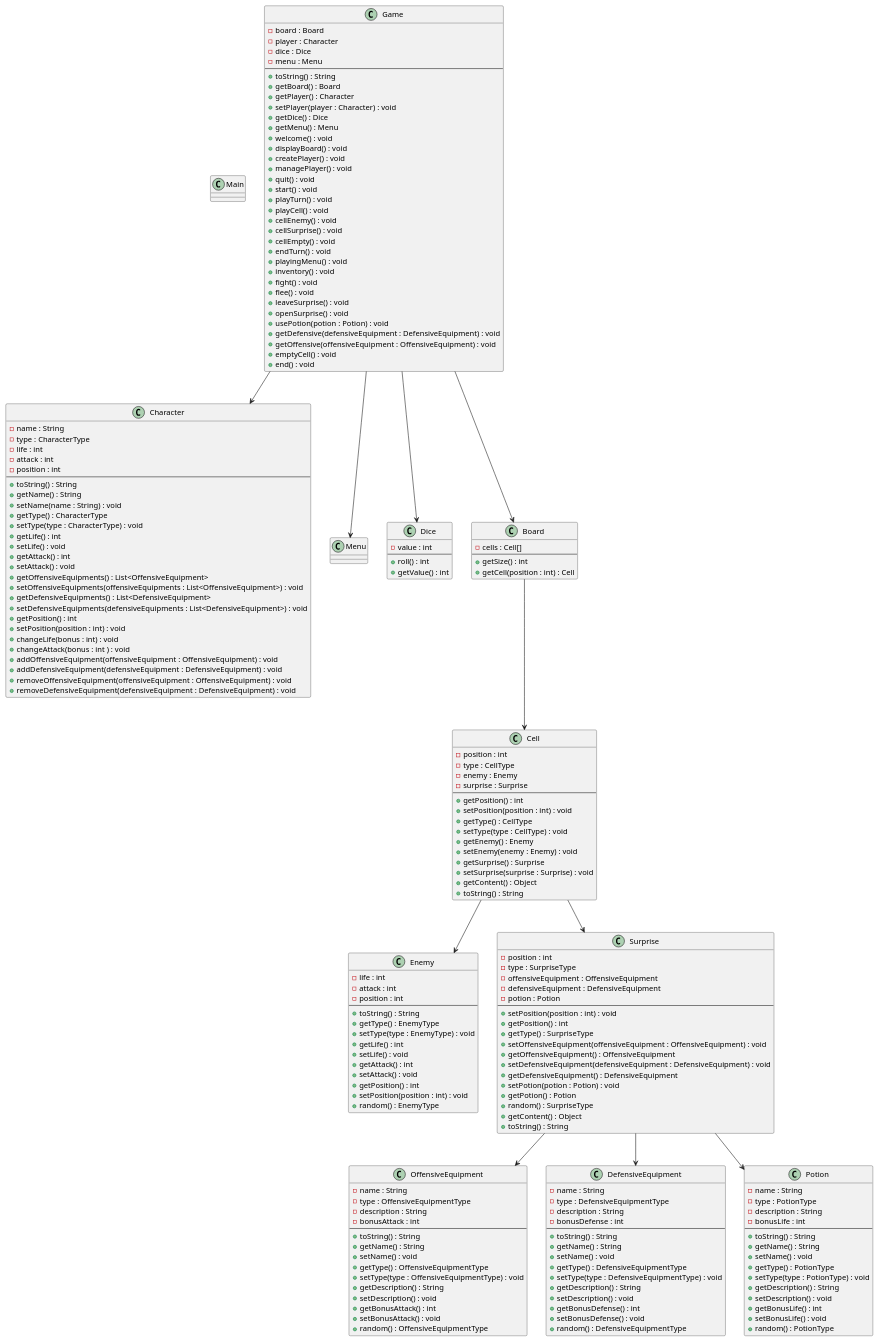
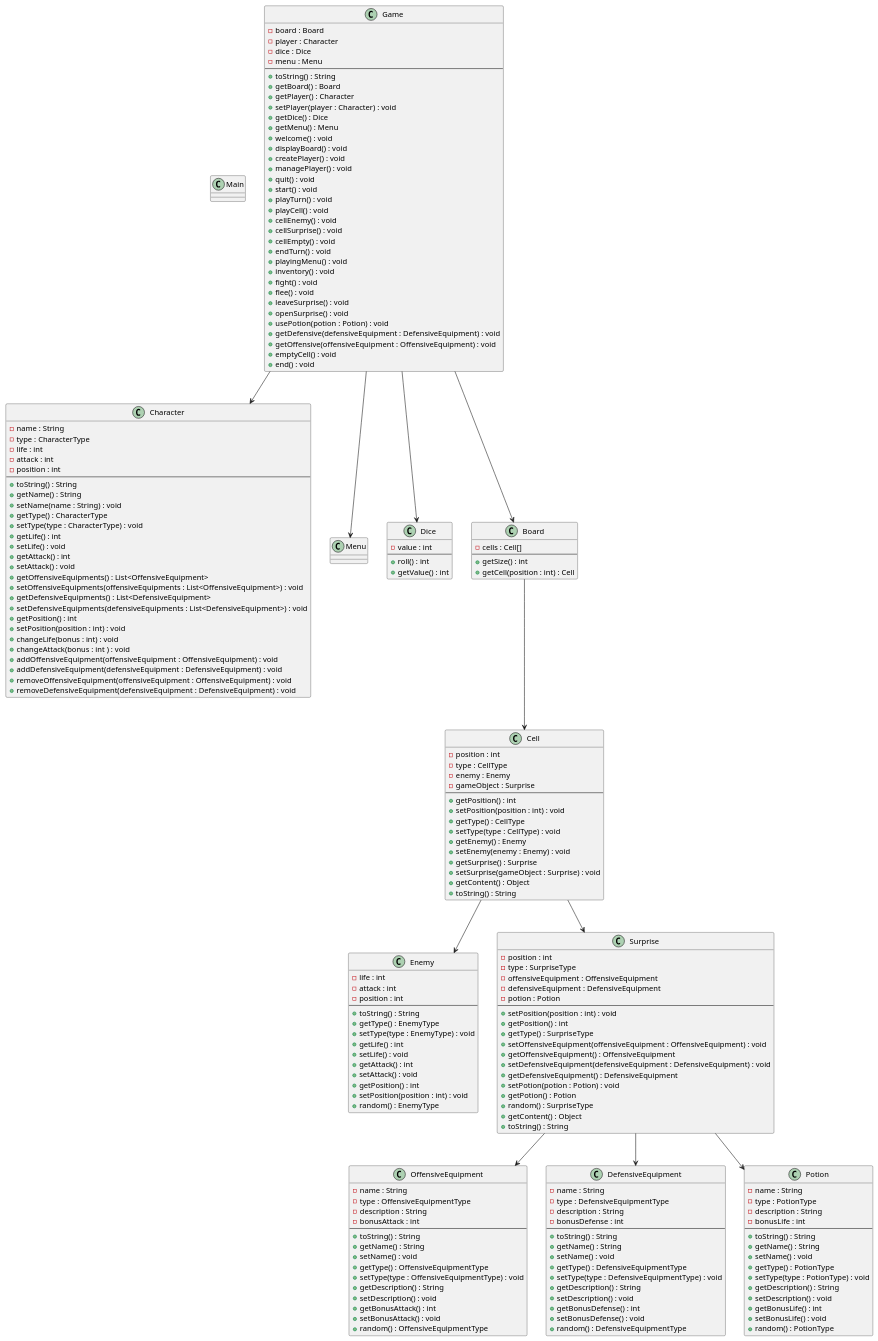
One commit to guillaume-desbarbieux/CampusEtFocus changed the diagram in ressources/Campus&Focus.puml. Above: the diagram before and after it, drawn with PlantUML. The commit also changed 36 other files, not shown here.

```diff
--- a/ressources/Campus&Focus.puml
+++ b/ressources/Campus&Focus.puml
@@ -132,7 +132,7 @@
     - position : int
     - type : CellType
     - enemy : Enemy
-    - surprise : Surprise
+    - gameObject : Surprise
 --
     + getPosition() : int
     + setPosition(position : int) : void
@@ -141,7 +141,7 @@
     + getEnemy() : Enemy
     + setEnemy(enemy : Enemy) : void
     + getSurprise() : Surprise
-    + setSurprise(surprise : Surprise) : void
+    + setSurprise(gameObject : Surprise) : void
     + getContent() : Object
     + toString() : String
 }
```
